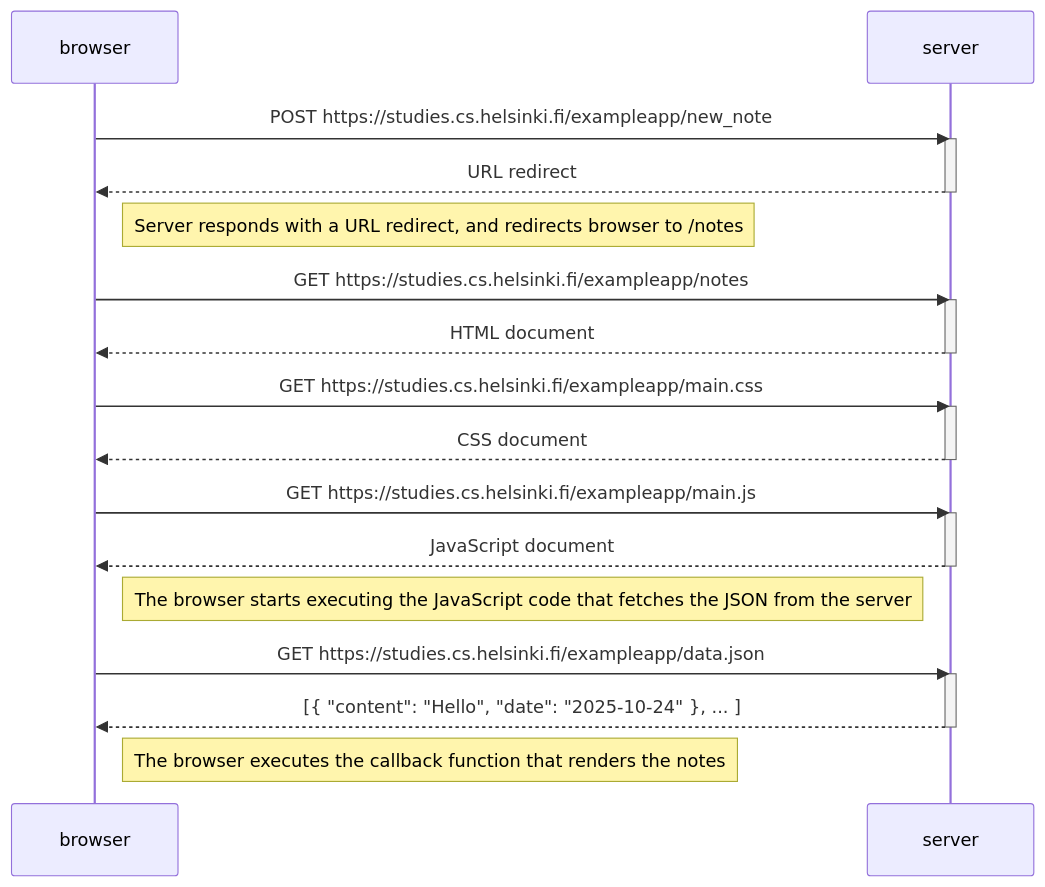
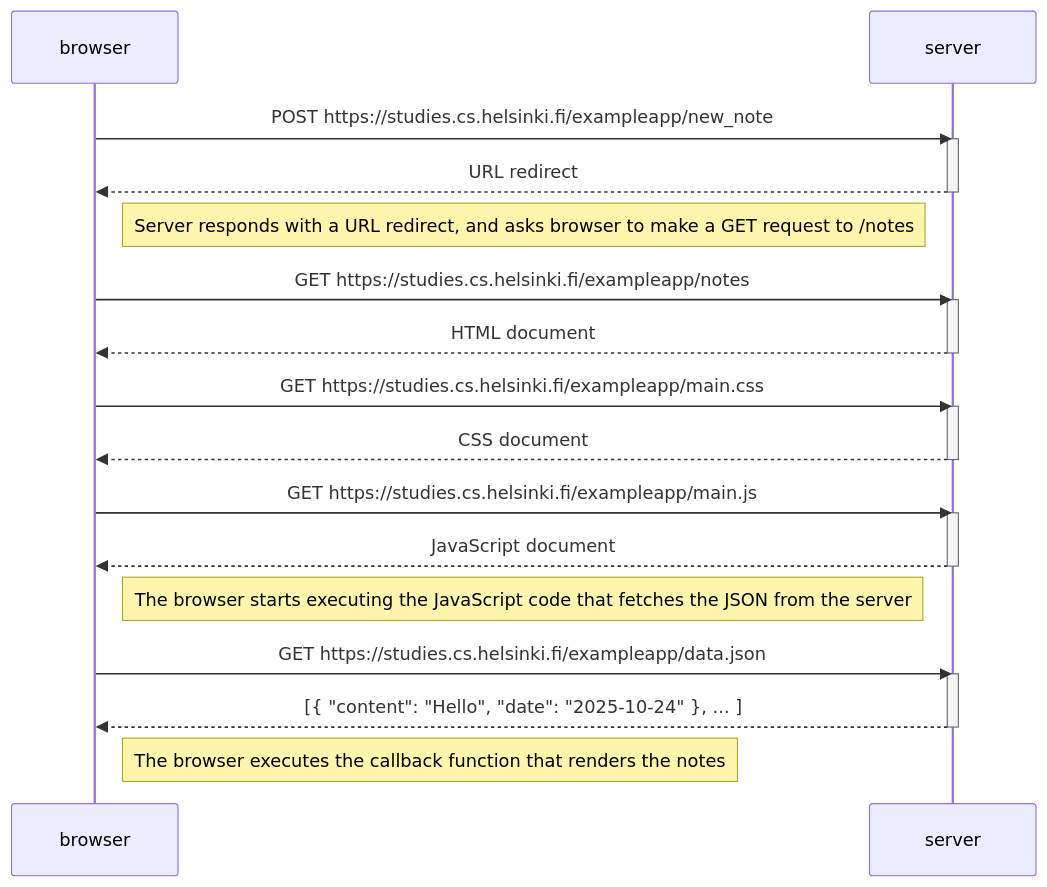
Before and after one commit to nikitapashinsky/fullstackopen: the diagram in part0/new-note-diagram.md, drawn with Mermaid.

Commit message:
Update URL redirect comment

````diff
--- a/part0/new-note-diagram.md
+++ b/part0/new-note-diagram.md
@@ -1,36 +1,36 @@
 ```mermaid
 sequenceDiagram
     participant browser
     participant server
 
     browser->>server: POST https://studies.cs.helsinki.fi/exampleapp/new_note
     activate server
     server-->>browser: URL redirect
     deactivate server
 
-    Note right of browser: Server responds with a URL redirect, and redirects browser to /notes
+    Note right of browser: Server responds with a URL redirect, and asks browser to make a GET request to /notes
 
     browser->>server: GET https://studies.cs.helsinki.fi/exampleapp/notes
     activate server
     server-->>browser: HTML document
     deactivate server
 
     browser->>server: GET https://studies.cs.helsinki.fi/exampleapp/main.css
     activate server
     server-->>browser: CSS document
     deactivate server
 
     browser->>server: GET https://studies.cs.helsinki.fi/exampleapp/main.js
     activate server
     server-->>browser: JavaScript document
     deactivate server
 
     Note right of browser: The browser starts executing the JavaScript code that fetches the JSON from the server
 
     browser->>server: GET https://studies.cs.helsinki.fi/exampleapp/data.json
     activate server
     server-->>browser: [{ "content": "Hello", "date": "2025-10-24" }, ... ]
     deactivate server
 
     Note right of browser: The browser executes the callback function that renders the notes
 ```
````
